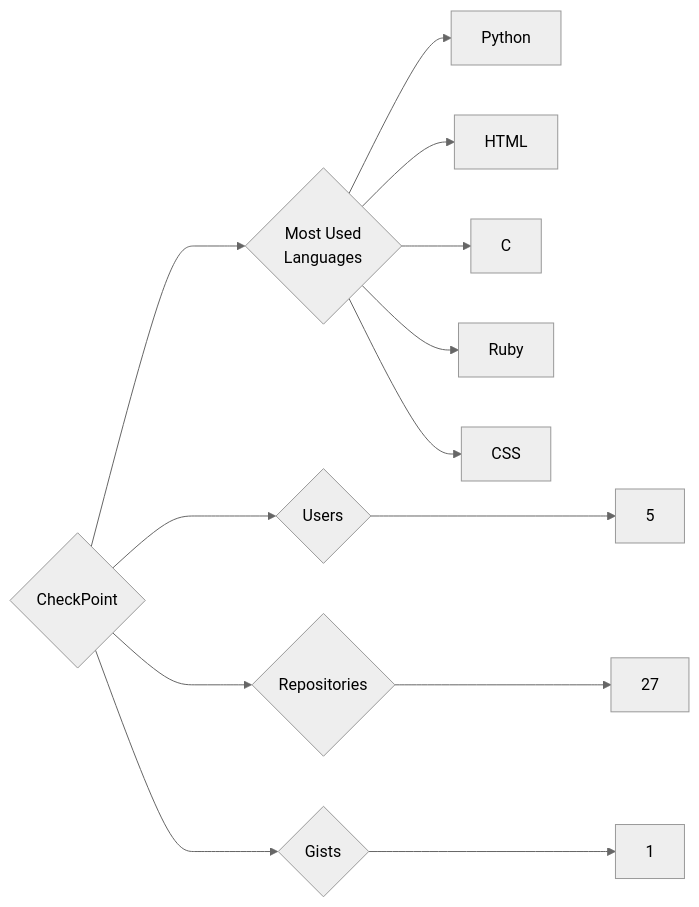
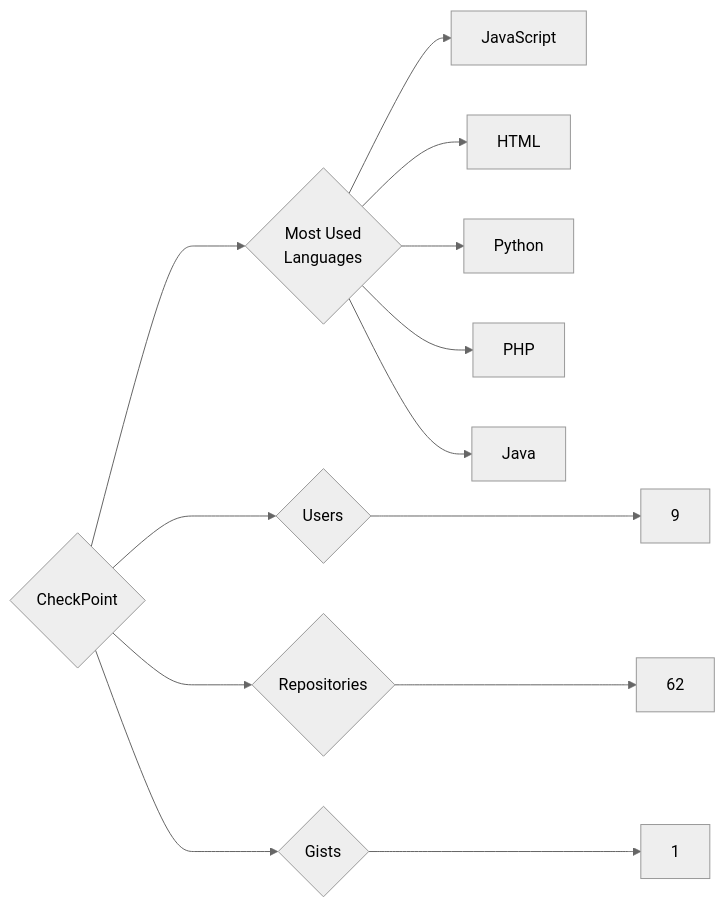
One commit to trickest/insiders changed the diagram in targets/CheckPoint/README.md. Above: the diagram before and after it, drawn with Mermaid (neutral theme). The commit also changed 837 other files, not shown here.

````diff
--- a/targets/CheckPoint/README.md
+++ b/targets/CheckPoint/README.md
@@ -3,13 +3,13 @@
 ```mermaid
 graph LR
 COMPANY_NAME{CheckPoint}
-COMPANY_NAME ---> U{Users} ---> UN[5]
-COMPANY_NAME ---> R{Repositories} ---> RN[27]
+COMPANY_NAME ---> U{Users} ---> UN[9]
+COMPANY_NAME ---> R{Repositories} ---> RN[62]
 COMPANY_NAME ---> G{Gists} ---> GN[1]
 COMPANY_NAME ---> ML{Most Used<br>Languages}
+ML --> JavaScript[JavaScript]
+ML --> HTML[HTML]
 ML --> Python[Python]
-ML --> HTML[HTML]
-ML --> C[C]
-ML --> Ruby[Ruby]
-ML --> CSS[CSS]
+ML --> PHP[PHP]
+ML --> Java[Java]
 ```
````
